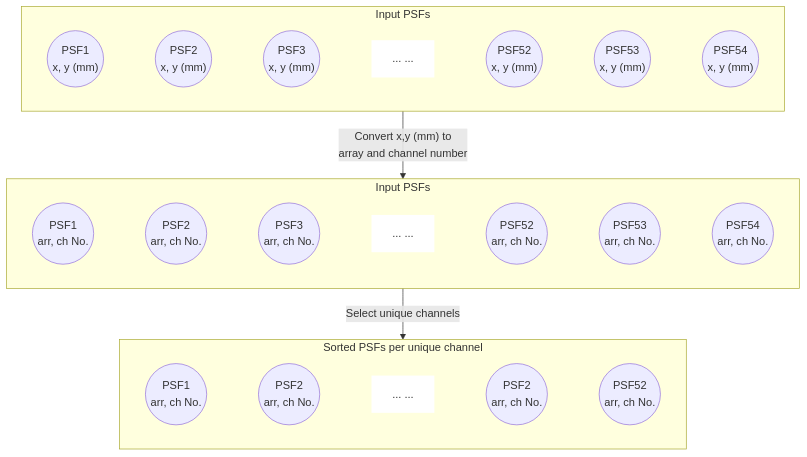
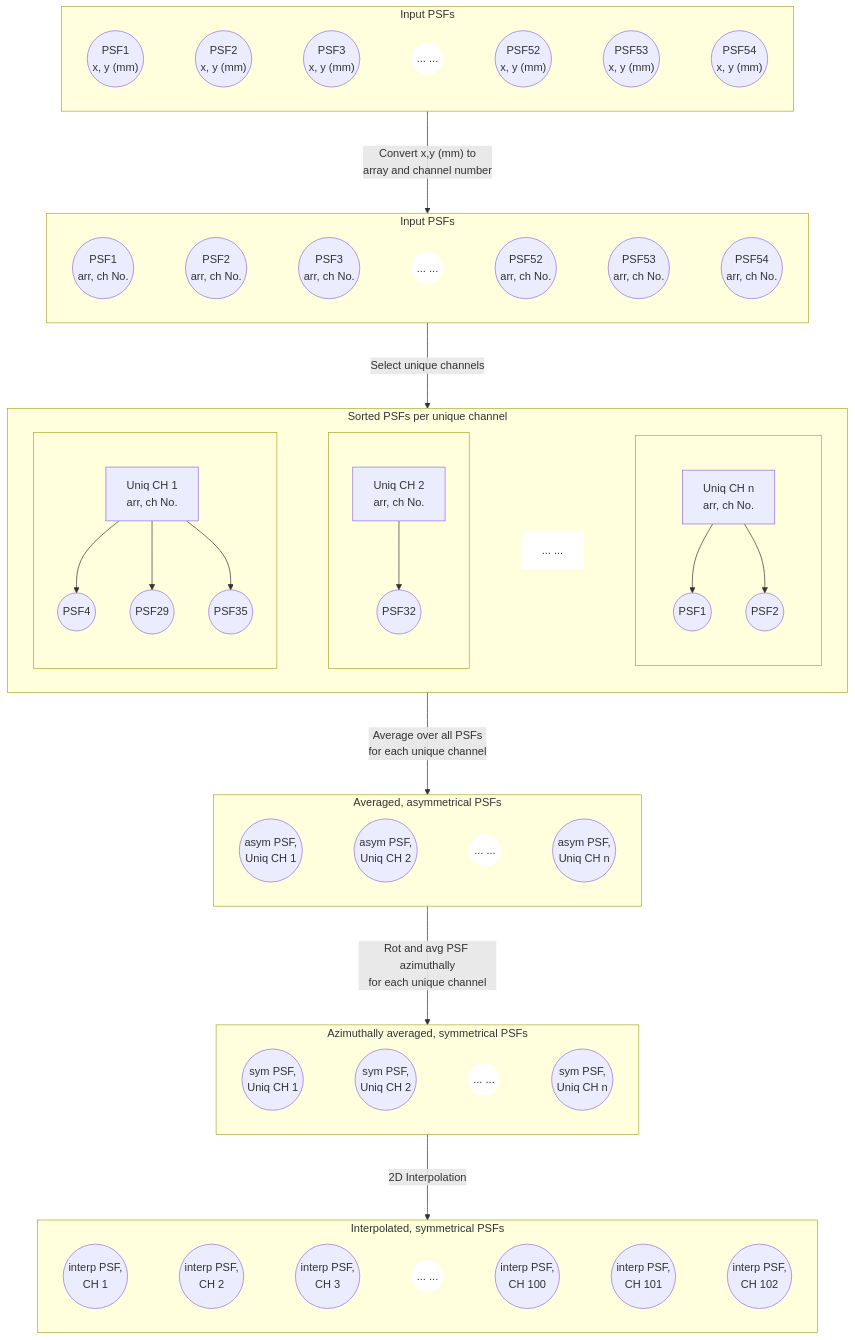
Before and after one commit to gemmahuai/deep-field-selection: the diagram in scripts/PSF/README.md, drawn with Mermaid.

Commit message:
test PSF and write down workflow

````diff
--- a/scripts/PSF/README.md
+++ b/scripts/PSF/README.md
@@ -9,5 +9,5 @@
 ```mermaid
- graph TD;
+ flowchart TB;
 
     %% Define input PSFs on the detector plane (mm)
     subgraph Row1[Input PSFs]
@@ -15,7 +15,7 @@
         PSF1(("PSF1<br>x, y (mm)"))
         PSF2(("PSF2<br>x, y (mm)"))
         PSF3(("PSF3<br>x, y (mm)"))
-        Dots["... ..."]:::dot
+        Dots(("... ...")):::dot
         PSF52(("PSF52<br>x, y (mm)"))
         PSF53(("PSF53<br>x, y (mm)"))
         PSF54(("PSF54<br>x, y (mm)"))
@@ -31,7 +31,7 @@
         PSF1_(("PSF1<br>arr, ch No."))
         PSF2_(("PSF2<br>arr, ch No."))
         PSF3_(("PSF3<br>arr, ch No."))
-        Dots_["... ..."]:::dot
+        Dots_(("... ...")):::dot
         PSF52_(("PSF52<br>arr, ch No."))
         PSF53_(("PSF53<br>arr, ch No."))
         PSF54_(("PSF54<br>arr, ch No."))
@@ -40,27 +40,97 @@
         classDef dot fill:#fff,stroke:none;
     end
 
-    Row1 -- Convert x,y (mm) to <br> array and channel number --> Row2
+    Row1 -- Convert x,y (mm) to <br> array and channel number ---> Row2
 
 
     %% Define sorted PSFs with unique channels / arrays
     subgraph Row3[Sorted PSFs per unique channel]
         direction LR
+        
+        subgraph col1[ ]
+        direction TB
         %% Define input PSFs in the same row
-        CH1(("PSF1<br>arr, ch No."))
-        CH2(("PSF2<br>arr, ch No."))
+            CH1["Uniq CH 1<br>arr, ch No."]
+            CH1 --> psfa(("PSF4"))
+            CH1 --> psfb(("PSF29"))
+            CH1 --> psfc(("PSF35"))
+        end
+
+        subgraph col2[ ]
+        direction TB
+        %% Define input PSFs in the same row
+            CH2["Uniq CH 2<br>arr, ch No."]
+            CH2 --> psfd(("PSF32"))
+        end
+
+        subgraph col3[ ]
+        direction TB
+        %% Define input PSFs in the same row
+            CH3["Uniq CH n<br>arr, ch No."]
+            CH3 --> psfe(("PSF1"))
+            CH3 --> psff(("PSF2"))
+        end
         Dots__["... ..."]:::dot
-        CH3(("PSF2<br>arr, ch No."))
-        CH4(("PSF52<br>arr, ch No."))
-        CH1~~~CH2~~~Dots__~~~CH3~~~CH4
+
+        col1 ~~~ col2 ~~~Dots__ ~~~ col3
 
         classDef dot fill:#fff,stroke:none;
     end
 
-    Row2 -- Select unique channels --> Row3
+    Row2 -- Select unique channels ---> Row3
+
+    %% Define averaged, asymmetrical PSF per unique channel
+    subgraph Row4[Averaged, asymmetrical PSFs]
+        direction LR
+        
+        PSFa1(("asym PSF,<br>Uniq CH 1"))
+        PSFa2(("asym PSF,<br>Uniq CH 2"))
+        PSFa3(("asym PSF,<br>Uniq CH n"))
+
+        Dots___(("... ...")):::dot
+
+        PSFa1 ~~~ PSFa2 ~~~ Dots___ ~~~ PSFa3
+        
+        classDef dot fill:#fff,stroke:none;
+    end
+
+    Row3 -- Average over all PSFs<br>for each unique channel ---> Row4
 
 
+    %% Define rotationally averaged, symmetrical PSF per unique channel
+    subgraph Row5[Azimuthally averaged, symmetrical PSFs]
+        direction LR
+        
+        PSFs1(("sym PSF,<br>Uniq CH 1"))
+        PSFs2(("sym PSF,<br>Uniq CH 2"))
+        PSFs3(("sym PSF,<br>Uniq CH n"))
 
+        Dots____(("... ...")):::dot
+
+        PSFs1 ~~~ PSFs2 ~~~ Dots____ ~~~ PSFs3
+        
+        classDef dot fill:#fff,stroke:none;
+    end
+
+    Row4 -- Rot and avg PSF azimuthally<br>for each unique channel ---> Row5
+
+
+    %% Define interpolated PSFs
+    subgraph Row6[Interpolated, symmetrical PSFs]
+        direction LR
+        PSFs1_(("interp PSF,<br> CH 1"))
+        PSFs2_(("interp PSF,<br>  CH 2"))
+        PSFs3_(("interp PSF,<br>  CH 3"))
+        DOTS(("... ...")):::dot
+        PSFs100(("interp PSF,<br>  CH 100"))
+        PSFs101(("interp PSF,<br>  CH 101"))
+        PSFs102(("interp PSF,<br>  CH 102"))
+        PSFs1_~~~PSFs2_~~~PSFs3_~~~DOTS~~~PSFs100~~~PSFs101~~~PSFs102
+
+        classDef dot fill:#fff,stroke:none;
+    end 
+
+    Row5 -- 2D Interpolation ---> Row6
 
 
 
````
